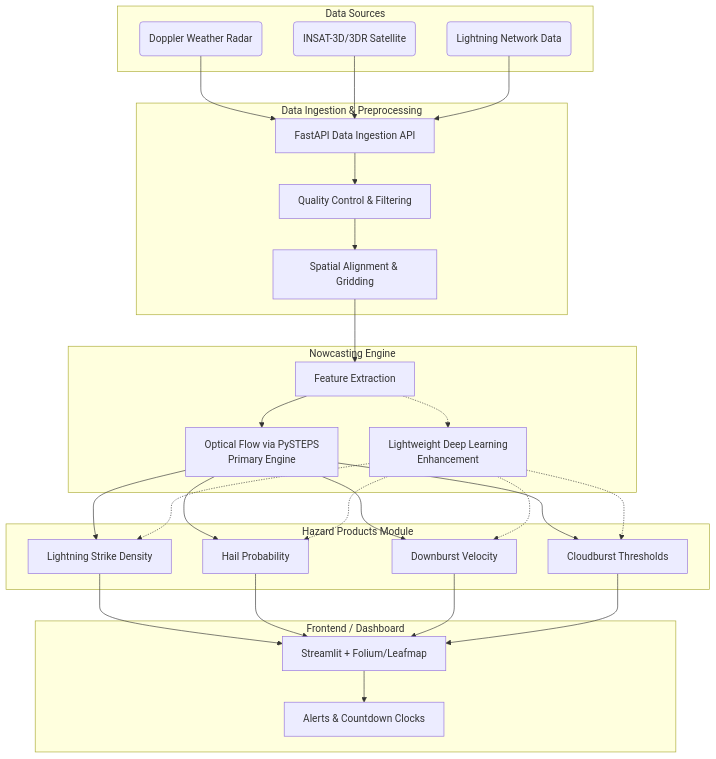
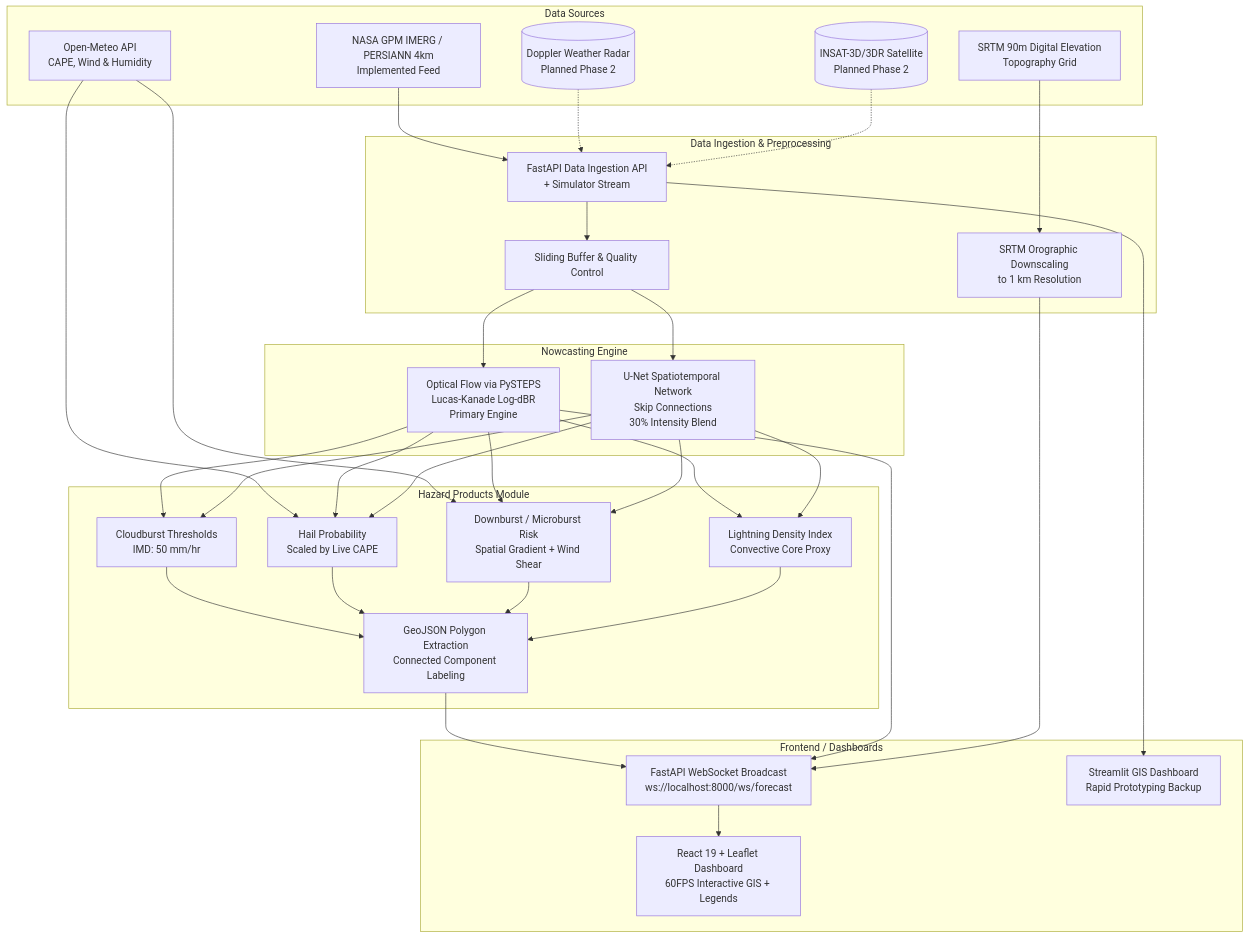
One commit to RushilAmreliya/Solvix changed the diagram in docs/architecture.md. Above: the diagram before and after it, drawn with Mermaid. The commit also changed other lines of this file and 26 other files, not shown here.

Commit message:
feat(backend): add Doppler radar pipeline, TTL atmospheric cache, chronological train split, and test suite

````diff
--- a/docs/architecture.md
+++ b/docs/architecture.md
@@ -7,48 +7,49 @@
 ```mermaid
 flowchart TD
     subgraph Data Sources
-        R(Doppler Weather Radar)
-        S(INSAT-3D/3DR Satellite)
-        L(Lightning Network Data)
+        P[NASA GPM IMERG / PERSIANN 4km<br/>Implemented Feed]
+        OM[Open-Meteo API<br/>CAPE, Wind & Humidity]
+        SRTM[SRTM 90m Digital Elevation<br/>Topography Grid]
+        R[(Doppler Weather Radar<br/>Planned Phase 2)]
+        S[(INSAT-3D/3DR Satellite<br/>Planned Phase 2)]
     end
 
     subgraph Data Ingestion & Preprocessing
-        DI[FastAPI Data Ingestion API]
-        QC[Quality Control & Filtering]
-        AG[Spatial Alignment & Gridding]
+        DI[FastAPI Data Ingestion API<br/>+ Simulator Stream]
+        QC[Sliding Buffer & Quality Control]
+        TD[SRTM Orographic Downscaling<br/>to 1 km Resolution]
     end
 
     subgraph Nowcasting Engine
-        FE[Feature Extraction]
-        OF[Optical Flow via PySTEPS<br/>Primary Engine]
-        DL[Lightweight Deep Learning<br/>Enhancement]
+        OF[Optical Flow via PySTEPS<br/>Lucas-Kanade Log-dBR<br/>Primary Engine]
+        UN[U-Net Spatiotemporal Network<br/>Skip Connections<br/>30% Intensity Blend]
     end
 
     subgraph Hazard Products Module
-        LSD[Lightning Strike Density]
-        HP[Hail Probability]
-        DV[Downburst Velocity]
-        CT[Cloudburst Thresholds]
+        CT[Cloudburst Thresholds<br/>IMD: 50 mm/hr]
+        HP[Hail Probability<br/>Scaled by Live CAPE]
+        DV[Downburst / Microburst Risk<br/>Spatial Gradient + Wind Shear]
+        LSD[Lightning Density Index<br/>Convective Core Proxy]
+        POLY[GeoJSON Polygon Extraction<br/>Connected Component Labeling]
     end
 
-    subgraph Frontend / Dashboard
-        GIS[Streamlit + Folium/Leafmap]
-        UI[Alerts & Countdown Clocks]
+    subgraph Frontend / Dashboards
+        WS[FastAPI WebSocket Broadcast<br/>ws://localhost:8000/ws/forecast]
+        REACT[React 19 + Leaflet Dashboard<br/>60FPS Interactive GIS + Legends]
+        ST[Streamlit GIS Dashboard<br/>Rapid Prototyping Backup]
     end
 
-    R --> DI
-    S --> DI
-    L --> DI
+    P --> DI
+    OM --> HP & DV
+    SRTM --> TD
+    R -.-> DI
+    S -.-> DI
     DI --> QC
-    QC --> AG
-    AG --> FE
-    FE --> OF
-    FE -.-> DL
-    OF --> LSD & HP & DV & CT
-    DL -.-> LSD & HP & DV & CT
-    LSD --> GIS
-    HP --> GIS
-    DV --> GIS
-    CT --> GIS
-    GIS --> UI
+    QC --> OF & UN
+    OF --> CT & HP & DV & LSD
+    UN --> CT & HP & DV & LSD
+    CT & HP & DV & LSD --> POLY
+    POLY & OF & TD --> WS
+    WS --> REACT
+    DI --> ST
 ```
````
